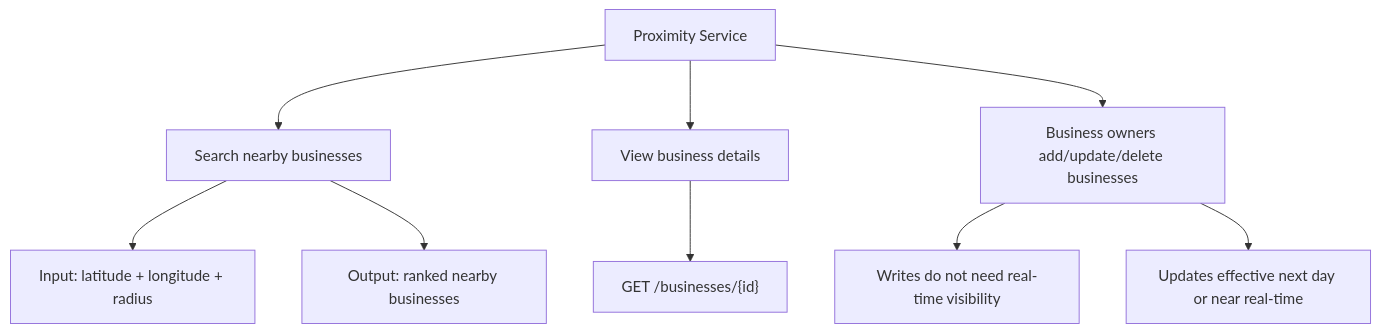
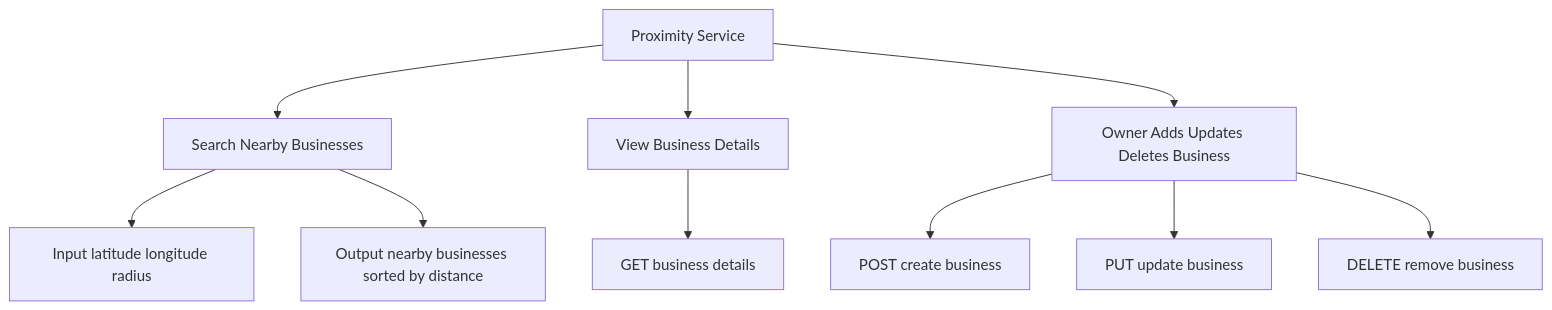
The first of 18 diagrams in HLD_NOTES/004_INTERVIEW_PROBLEMS/013_proximity_service_visual_notes.md (mthaiseer/springcloud-systemdesign-notes), drawn with Mermaid before and after one commit. The commit also changed other lines of this file and 1 other file, not shown here.

````diff
--- a/HLD_NOTES/004_INTERVIEW_PROBLEMS/013_proximity_service_visual_notes.md
+++ b/HLD_NOTES/004_INTERVIEW_PROBLEMS/013_proximity_service_visual_notes.md
@@ -13,13 +18,15 @@
 ```mermaid
 flowchart TB
-    A[Proximity Service] --> B[Search nearby businesses]
-    A --> C[View business details]
-    A --> D[Business owners add/update/delete businesses]
+    A[Proximity Service] --> B[Search Nearby Businesses]
+    A --> C[View Business Details]
+    A --> D[Owner Adds Updates Deletes Business]
 
-    B --> B1[Input: latitude + longitude + radius]
-    B --> B2[Output: ranked nearby businesses]
+    B --> B1[Input latitude longitude radius]
+    B --> B2[Output nearby businesses sorted by distance]
 
-    C --> C1["GET /businesses/{id}"]
-    D --> D1[Writes do not need real-time visibility]
-    D --> D2[Updates effective next day or near real-time]
+    C --> C1[GET business details]
+
+    D --> D1[POST create business]
+    D --> D2[PUT update business]
+    D --> D3[DELETE remove business]
 ```
````
